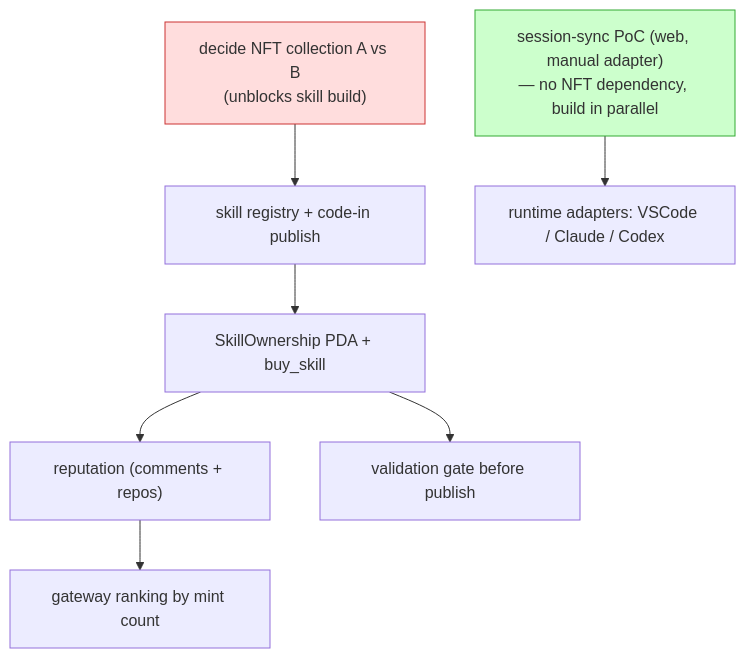
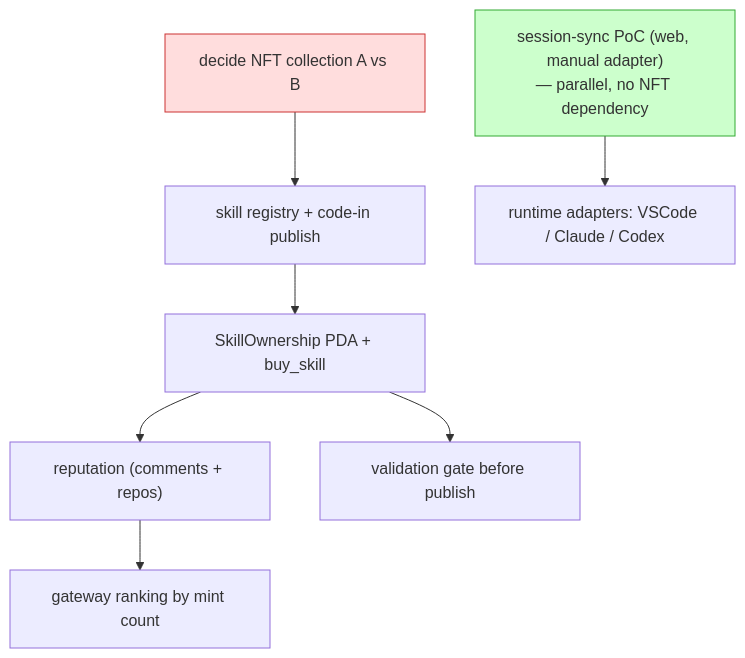
One commit to IQCoreTeam/AgentNet changed the third of 3 diagrams in plans/00-overview.md. Above: the diagram before and after it, drawn with Mermaid. The commit also changed other lines of this file and 1 other file, not shown here.

````diff
--- a/plans/00-overview.md
+++ b/plans/00-overview.md
@@ -187,12 +182,12 @@
 ```mermaid
 flowchart TB
-    D["decide NFT collection A vs B<br/>(unblocks skill build)"] --> P1
-    SS["session-sync PoC (web, manual adapter)<br/>— no NFT dependency, build in parallel"]
+    D["decide NFT collection A vs B"] --> P1
+    SS["session-sync PoC (web, manual adapter)<br/>— parallel, no NFT dependency"]
     P1["skill registry + code-in publish"] --> P2["SkillOwnership PDA + buy_skill"]
     P2 --> P3["reputation (comments + repos)"]
     P2 --> P4["validation gate before publish"]
     SS --> R1["runtime adapters: VSCode / Claude / Codex"]
     P3 --> RANK["gateway ranking by mint count"]
     style D fill:#fdd,stroke:#c33
     style SS fill:#cfc,stroke:#3a3
 ```
````
